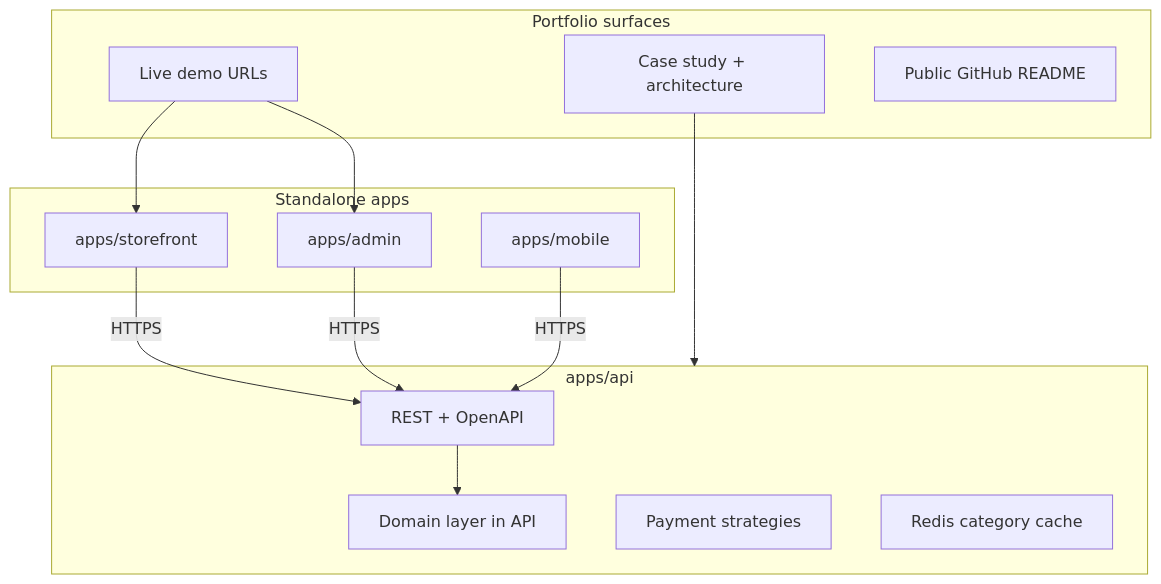
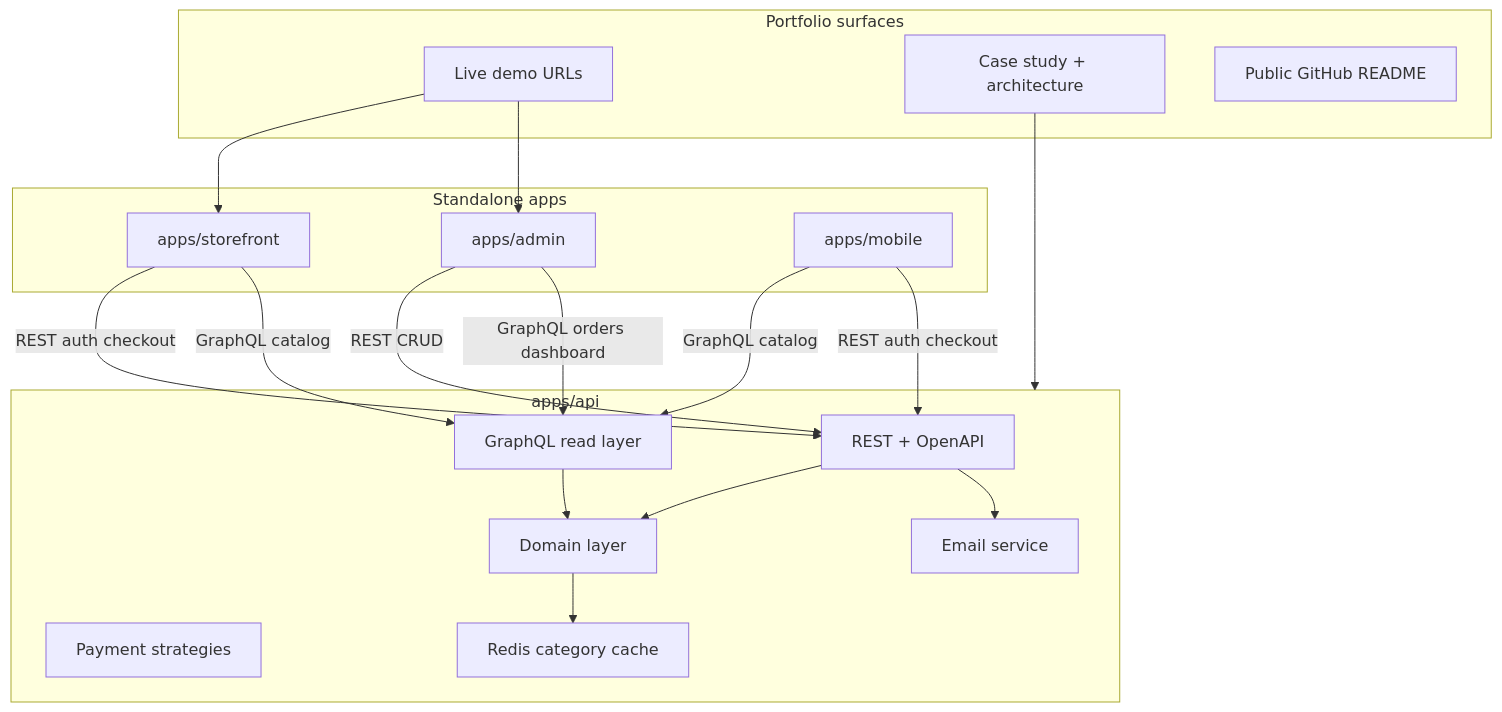
The diagram in .cursor/plans/portfolio_e-commerce_build_f1c2acb3.plan.md (EpicVibeCoder/e-commerce), drawn with Mermaid before and after one commit. The commit also changed other lines of this file and 17 other files, not shown here.

````diff
--- a/.cursor/plans/portfolio_e-commerce_build_f1c2acb3.plan.md
+++ b/.cursor/plans/portfolio_e-commerce_build_f1c2acb3.plan.md
@@ -72,26 +74,34 @@
 ```mermaid
 flowchart TB
   subgraph portfolio [Portfolio surfaces]
     Demo[Live demo URLs]
     Docs[Case study + architecture]
     Repo[Public GitHub README]
   end
   subgraph clients [Standalone apps]
     Storefront[apps/storefront]
     Admin[apps/admin]
     Mobile[apps/mobile]
   end
   subgraph api [apps/api]
     REST[REST + OpenAPI]
-    Domain[Domain layer in API]
+    GQL[GraphQL read layer]
+    Domain[Domain layer]
+    Mail[Email service]
     PayStrategies[Payment strategies]
     Cache[Redis category cache]
   end
-  Storefront -->|HTTPS| REST
-  Admin -->|HTTPS| REST
-  Mobile -->|HTTPS| REST
+  Storefront -->|REST auth checkout| REST
+  Storefront -->|GraphQL catalog| GQL
+  Admin -->|REST CRUD| REST
+  Admin -->|GraphQL orders dashboard| GQL
+  Mobile -->|GraphQL catalog| GQL
+  Mobile -->|REST auth checkout| REST
   REST --> Domain
+  GQL --> Domain
+  REST --> Mail
+  Domain --> Cache
   Demo --> Storefront
   Demo --> Admin
   Docs --> api
 ```
````
